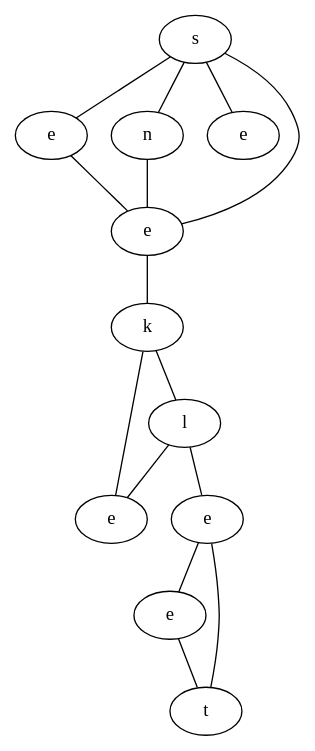
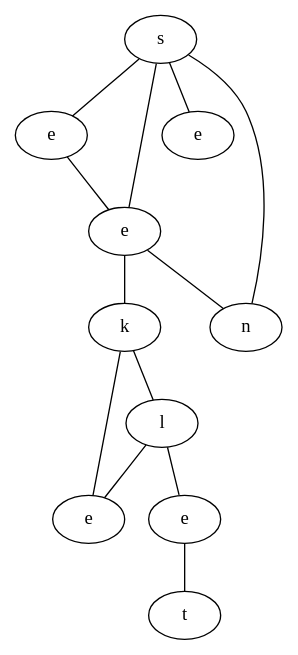
One commit to schrum2/MM-NEAT changed the diagram in data/VGLC/graph.dot. Above: the diagram before and after it, drawn with Graphviz. The commit also changed 16 other files, not shown here.

```diff
--- a/data/VGLC/graph.dot
+++ b/data/VGLC/graph.dot
@@ -1,27 +1,24 @@
 graph {
-LKlt[label="s"]
-bmDJ[label="e"]
-yeQT[label="n"]
-WXCG[label="e"]
-zqjk[label="e"]
-zpPs[label="k"]
-lqWd[label="l"]
-UEKB[label="e"]
-QAmM[label="e"]
-XoMt[label="e"]
-dtGI[label="t"]
-LKlt -- bmDJ
-LKlt -- yeQT
-LKlt -- WXCG
-LKlt -- zqjk
-bmDJ -- zqjk
-yeQT -- zqjk
-zqjk -- zpPs
-zpPs -- lqWd
-zpPs -- UEKB
-lqWd -- UEKB
-lqWd -- QAmM
-QAmM -- XoMt
-QAmM -- dtGI
-XoMt -- dtGI
+BFnA[label="s"]
+FuMK[label="e"]
+dHsc[label="e"]
+yEnA[label="e"]
+firr[label="n"]
+GrKw[label="k"]
+zjVk[label="l"]
+qmZI[label="e"]
+lbfS[label="e"]
+atpJ[label="t"]
+BFnA -- FuMK
+BFnA -- dHsc
+BFnA -- yEnA
+BFnA -- firr
+FuMK -- dHsc
+dHsc -- GrKw
+dHsc -- firr
+GrKw -- zjVk
+GrKw -- qmZI
+zjVk -- lbfS
+zjVk -- qmZI
+lbfS -- atpJ
 }
```
